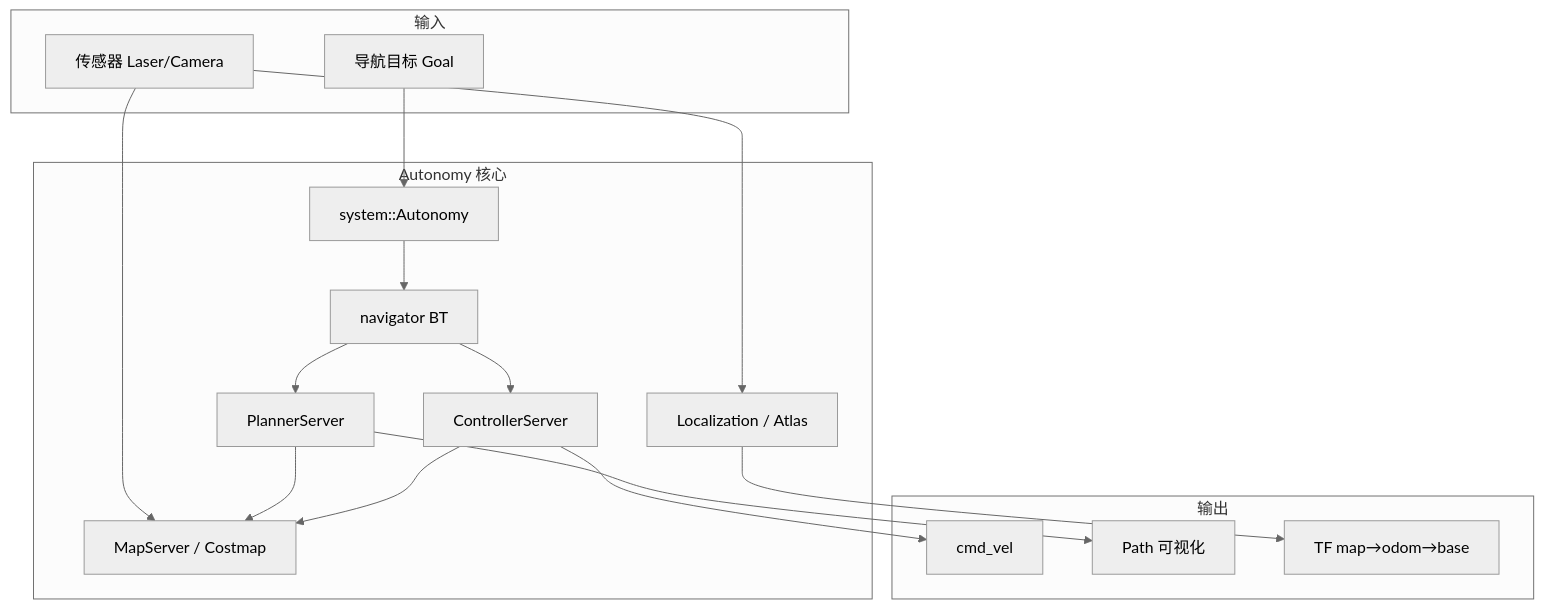
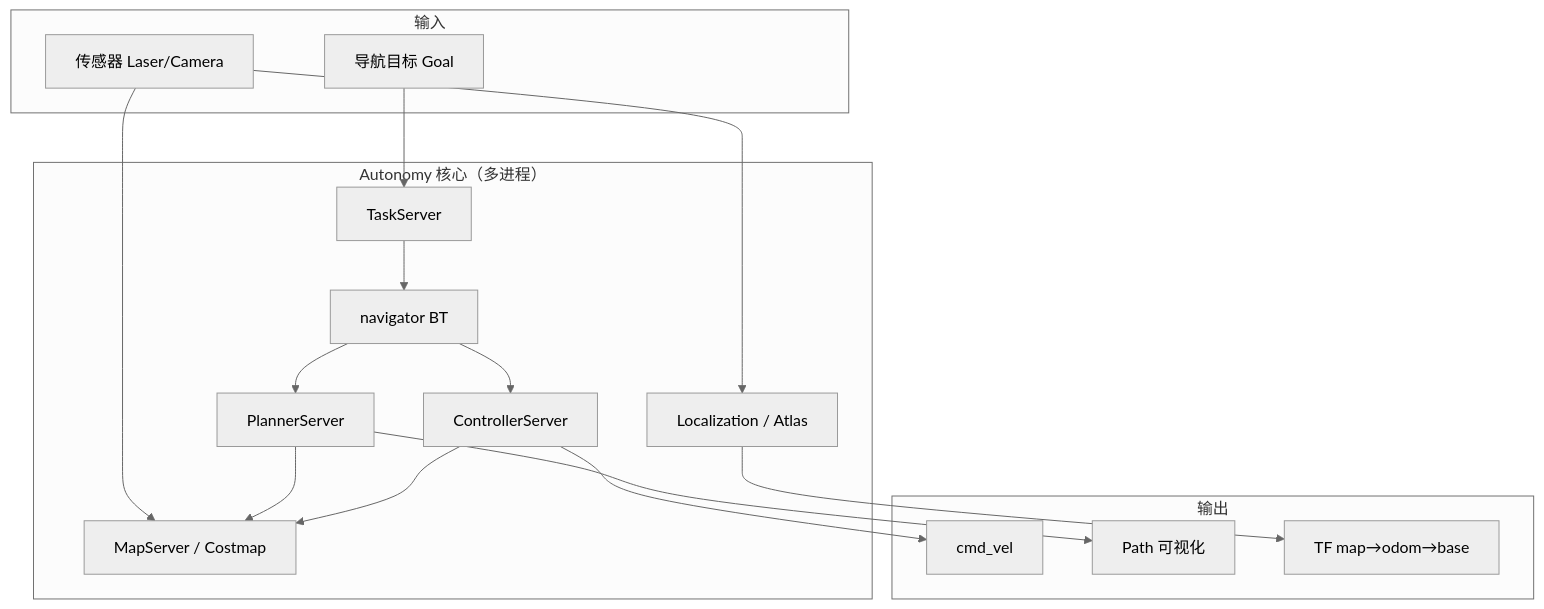
Before and after one commit to quandy2020/autonomy: the diagram in docs/source/01_Instructions/03_system_architecture.md, drawn with Mermaid (neutral theme). The commit also changed other lines of this file and 590 other files, not shown here.

````diff
--- a/docs/source/01_Instructions/03_system_architecture.md
+++ b/docs/source/01_Instructions/03_system_architecture.md
@@ -172,34 +167,34 @@
 ```mermaid
 flowchart TB
     subgraph Input["输入"]
         S[传感器 Laser/Camera]
         G[导航目标 Goal]
     end
 
-    subgraph Core["Autonomy 核心"]
-        SYS[system::Autonomy]
+    subgraph Core["Autonomy 核心（多进程）"]
+        TASK[TaskServer]
         NAV[navigator BT]
         PLN[PlannerServer]
         CTL[ControllerServer]
         MAP[MapServer / Costmap]
         LOC[Localization / Atlas]
     end
 
     subgraph Output["输出"]
         VEL[cmd_vel]
         PATH[Path 可视化]
         TF[TF map→odom→base]
     end
 
     S --> MAP
     S --> LOC
-    G --> SYS
-    SYS --> NAV
+    G --> TASK
+    TASK --> NAV
     NAV --> PLN
     NAV --> CTL
     PLN --> MAP
     CTL --> MAP
     LOC --> TF
     PLN --> PATH
     CTL --> VEL
 ```
````
